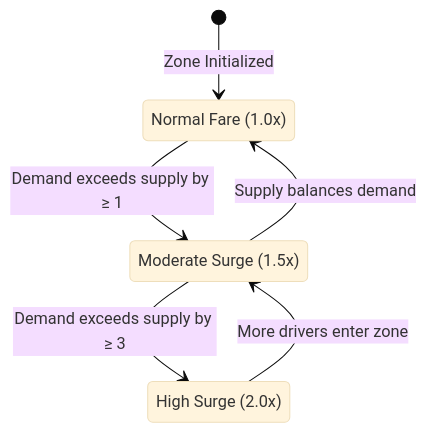
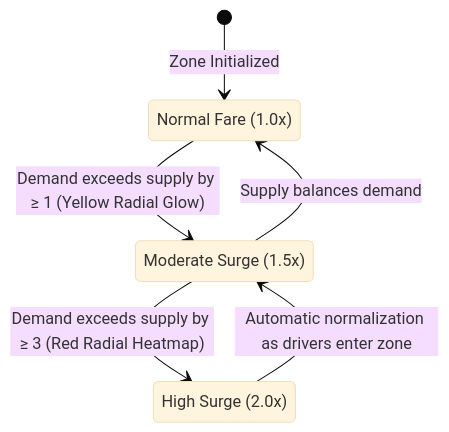
Before and after one commit to shubhamgupta407/RideSync-A-Real-Time-Multi-threaded-Ride-Dispatch-and-Surge-Pricing-Engine.: the third of 3 diagrams in README.md, drawn with Mermaid (base theme). The commit also changed other lines of this file, not shown here.

Commit message:
docs: update README with live Render cloud URL, architecture blueprint links, interactive fleet controls, and Docker build instructions

````diff
--- a/README.md
+++ b/README.md
@@ -64,13 +73,13 @@
 ```mermaid
 stateDiagram-v2
     [*] --> NormalFare: Zone Initialized
     
     state "Normal Fare (1.0x)" as NormalFare
     state "Moderate Surge (1.5x)" as ModerateSurge
     state "High Surge (2.0x)" as HighSurge
     
-    NormalFare --> ModerateSurge: Demand exceeds supply by ≥ 1
-    ModerateSurge --> HighSurge: Demand exceeds supply by ≥ 3
-    HighSurge --> ModerateSurge: More drivers enter zone
+    NormalFare --> ModerateSurge: Demand exceeds supply by ≥ 1 (Yellow Radial Glow)
+    ModerateSurge --> HighSurge: Demand exceeds supply by ≥ 3 (Red Radial Heatmap)
+    HighSurge --> ModerateSurge: Automatic normalization as drivers enter zone
     ModerateSurge --> NormalFare: Supply balances demand
 ```
````
